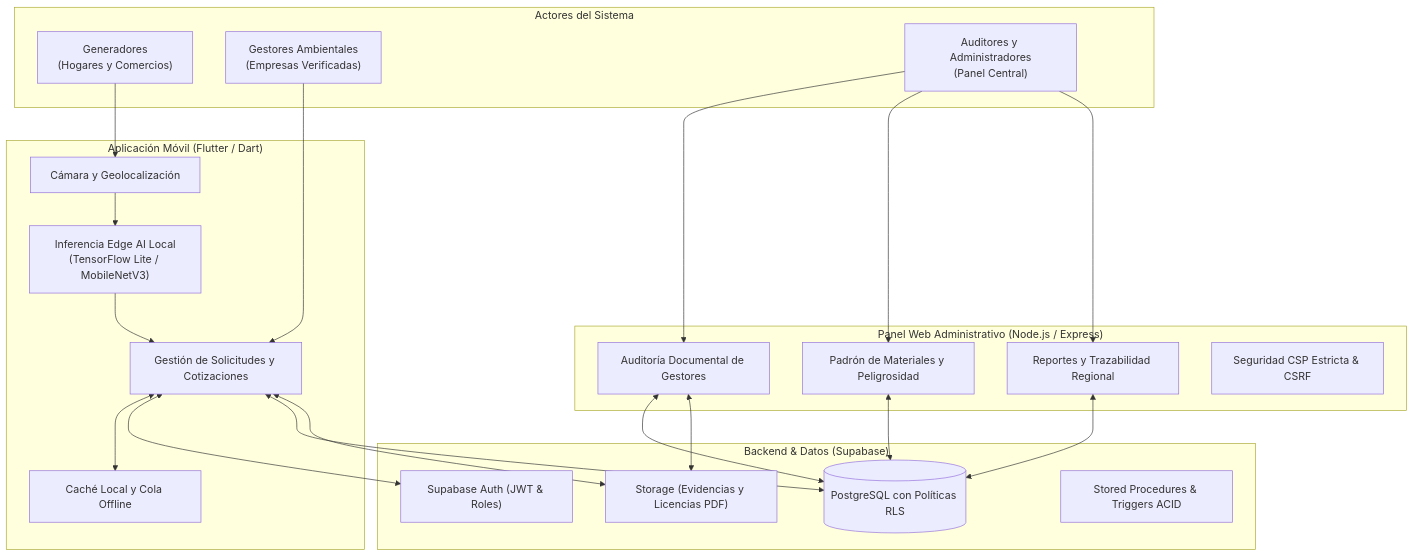
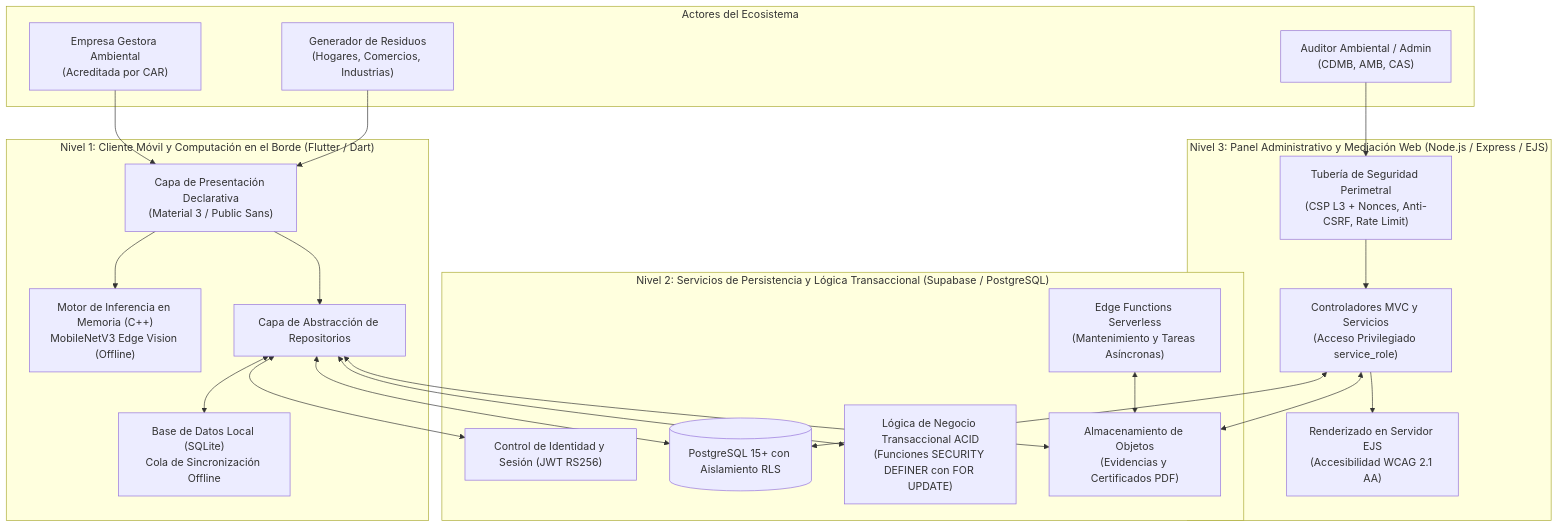
One commit to C3RLOSMORENO/EcoResiduos changed the first of 3 diagrams in README.md. Above: the diagram before and after it, drawn with Mermaid. The commit also changed other lines of this file and 12 other files, not shown here.

````diff
--- a/README.md
+++ b/README.md
@@ -46,46 +90,46 @@
 ```mermaid
 flowchart TD
-    subgraph Actores["Actores del Sistema"]
-        GEN["Generadores<br/>(Hogares y Comercios)"]
-        GES["Gestores Ambientales<br/>(Empresas Verificadas)"]
-        ADM["Auditores y Administradores<br/>(Panel Central)"]
+    subgraph Actores["Actores del Ecosistema"]
+        GEN["Generador de Residuos<br/>(Hogares, Comercios, Industrias)"]
+        GES["Empresa Gestora Ambiental<br/>(Acreditada por CAR)"]
+        ADM["Auditor Ambiental / Admin<br/>(CDMB, AMB, CAS)"]
     end
 
-    subgraph AppMovil["Aplicación Móvil (Flutter / Dart)"]
-        CAM["Cámara y Geolocalización"]
-        TFL["Inferencia Edge AI Local<br/>(TensorFlow Lite / MobileNetV3)"]
-        PUB["Gestión de Solicitudes y Cotizaciones"]
-        OFF["Caché Local y Cola Offline"]
+    subgraph Tier1["Nivel 1: Cliente Móvil y Computación en el Borde (Flutter / Dart)"]
+        UI["Capa de Presentación Declarativa<br/>(Material 3 / Public Sans)"]
+        TFL["Motor de Inferencia en Memoria (C++)<br/>MobileNetV3 Edge Vision (Offline)"]
+        REPO["Capa de Abstracción de Repositorios"]
+        SQLITE["Base de Datos Local (SQLite)<br/>Cola de Sincronización Offline"]
     end
 
-    subgraph Backend["Backend & Datos (Supabase)"]
-        AUTH["Supabase Auth (JWT & Roles)"]
-        DB[(PostgreSQL con Políticas RLS)]
-        STORAGE["Storage (Evidencias y Licencias PDF)"]
-        PROC["Stored Procedures & Triggers ACID"]
+    subgraph Tier2["Nivel 2: Servicios de Persistencia y Lógica Transaccional (Supabase / PostgreSQL)"]
+        AUTH["Control de Identidad y Sesión (JWT RS256)"]
+        DB[(PostgreSQL 15+ con Aislamiento RLS)]
+        RPC["Lógica de Negocio Transaccional ACID<br/>(Funciones SECURITY DEFINER con FOR UPDATE)"]
+        STOR["Almacenamiento de Objetos<br/>(Evidencias y Certificados PDF)"]
+        EDGE["Edge Functions Serverless<br/>(Mantenimiento y Tareas Asíncronas)"]
     end
 
-    subgraph AdminPanel["Panel Web Administrativo (Node.js / Express)"]
-        AUD["Auditoría Documental de Gestores"]
-        CAT["Padrón de Materiales y Peligrosidad"]
-        REP["Reportes y Trazabilidad Regional"]
-        SEC["Seguridad CSP Estricta & CSRF"]
+    subgraph Tier3["Nivel 3: Panel Administrativo y Mediación Web (Node.js / Express / EJS)"]
+        PIPE["Tubería de Seguridad Perimetral<br/>(CSP L3 + Nonces, Anti-CSRF, Rate Limit)"]
+        MVC["Controladores MVC y Servicios<br/>(Acceso Privilegiado service_role)"]
+        SSR["Renderizado en Servidor EJS<br/>(Accesibilidad WCAG 2.1 AA)"]
     end
 
-    GEN --> CAM
-    CAM --> TFL
-    TFL --> PUB
-    GES --> PUB
-    PUB <--> OFF
-    PUB <--> AUTH
-    PUB <--> DB
-    PUB <--> STORAGE
+    GEN --> UI
+    GES --> UI
+    UI --> TFL
+    UI --> REPO
+    REPO <--> SQLITE
+    REPO <--> AUTH
+    REPO <--> DB
+    REPO <--> RPC
+    REPO <--> STOR
 
-    ADM --> AUD
-    ADM --> CAT
-    ADM --> REP
-    AUD <--> DB
-    AUD <--> STORAGE
-    CAT <--> DB
-    REP <--> DB
+    ADM --> PIPE
+    PIPE --> MVC
+    MVC --> SSR
+    MVC <--> DB
+    MVC <--> STOR
+    EDGE <--> STOR
 ```
````
